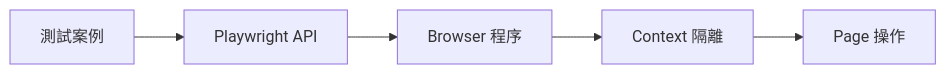
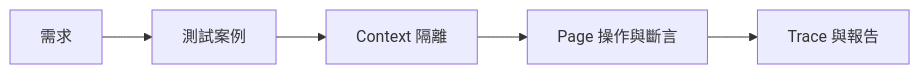
Before and after one commit to Ting-s515/Playwright-training: the third of 3 diagrams in docs/00-playwright-core-concepts.md, drawn with Mermaid. The commit also changed other lines of this file and 1 other file, not shown here.

First line of the commit message:
docs: 重寫 Playwright 課程導讀與 README 教學結構

````diff
--- a/docs/00-playwright-core-concepts.md
+++ b/docs/00-playwright-core-concepts.md
@@ -93,7 +141,7 @@
 ```mermaid
 flowchart LR
-    A[測試案例] --> B[Playwright API]
-    B --> C[Browser 程序]
-    C --> D[Context 隔離]
-    D --> E[Page 操作]
+    A[需求] --> B[測試案例]
+    B --> C[Context 隔離]
+    C --> D[Page 操作與斷言]
+    D --> E[Trace 與報告]
 ```
````
